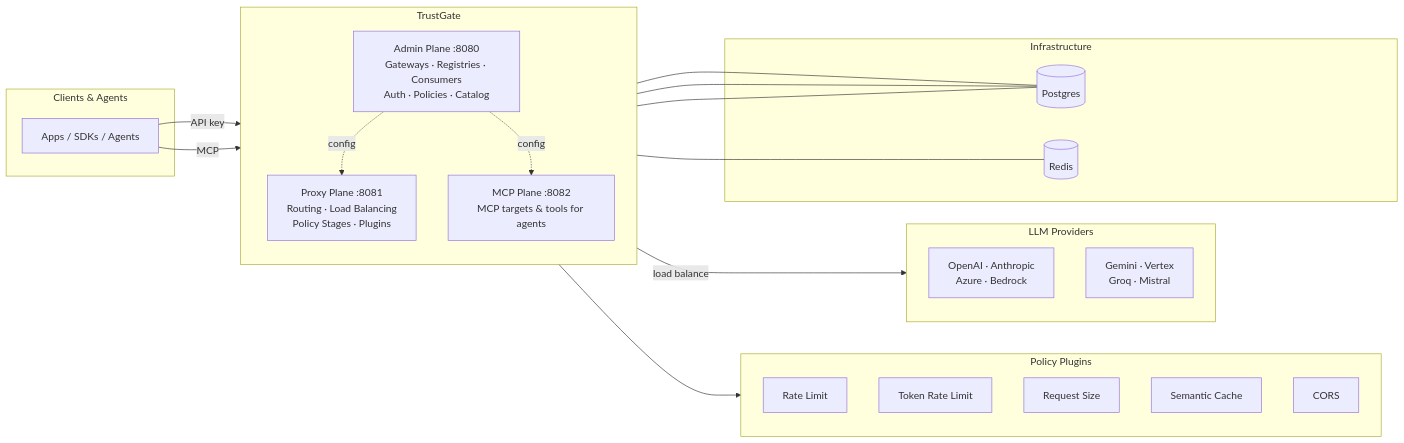
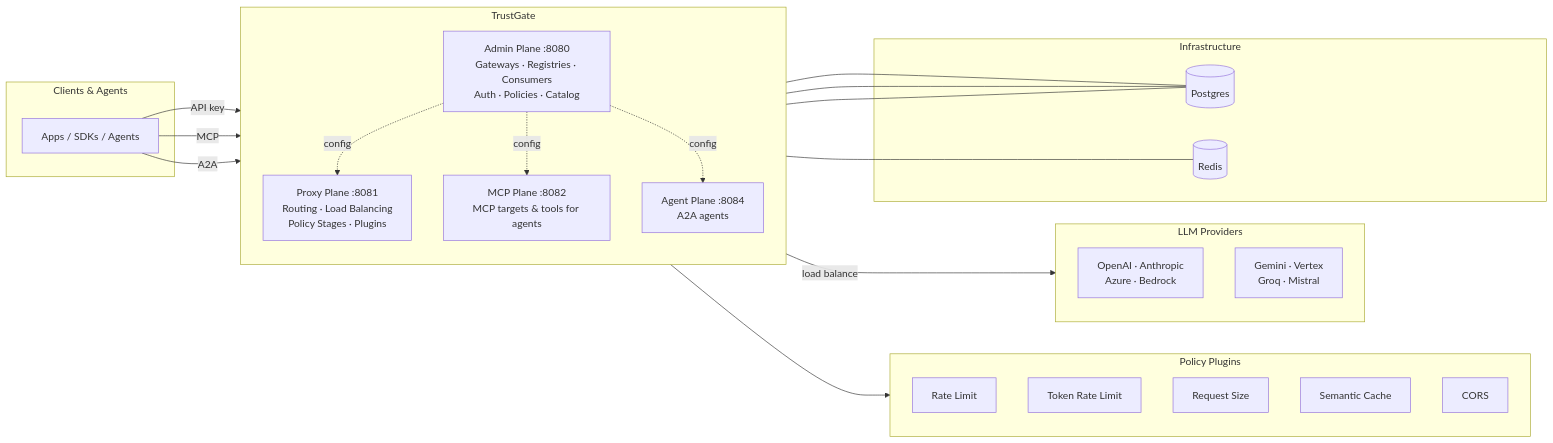
The diagram in README.md (NeuralTrust/TrustGate), drawn with Mermaid before and after one commit. The commit also changed other lines of this file and 1 other file, not shown here.

First line of the commit message:
docs(a2a): document the agent plane

````diff
--- a/README.md
+++ b/README.md
@@ -200,42 +201,45 @@
 ```mermaid
 flowchart LR
     subgraph Clients["Clients & Agents"]
         APP["Apps / SDKs / Agents"]
     end
 
     subgraph AG["TrustGate"]
         direction TB
         ADMIN["Admin Plane :8080\nGateways · Registries · Consumers\nAuth · Policies · Catalog"]
         PROXY["Proxy Plane :8081\nRouting · Load Balancing\nPolicy Stages · Plugins"]
         MCP["MCP Plane :8082\nMCP targets & tools for agents"]
+        AGENT["Agent Plane :8084\nA2A agents"]
     end
 
     subgraph Plugins["Policy Plugins"]
         RL["Rate Limit"]
         TRL["Token Rate Limit"]
         RS["Request Size"]
         SC["Semantic Cache"]
         CORS["CORS"]
     end
 
     subgraph Providers["LLM Providers"]
         P1["OpenAI · Anthropic\nAzure · Bedrock"]
         P2["Gemini · Vertex\nGroq · Mistral"]
     end
 
     subgraph Infra["Infrastructure"]
         PG[("Postgres")]
         RD[("Redis")]
     end
 
     APP -->|API key| PROXY
     APP -->|MCP| MCP
+    APP -->|A2A| AGENT
     PROXY --> Plugins
     PROXY -->|load balance| Providers
     ADMIN -. config .-> PROXY
     ADMIN -. config .-> MCP
+    ADMIN -. config .-> AGENT
     ADMIN --- PG
     PROXY --- PG
     PROXY --- RD
     MCP --- PG
 ```
````
